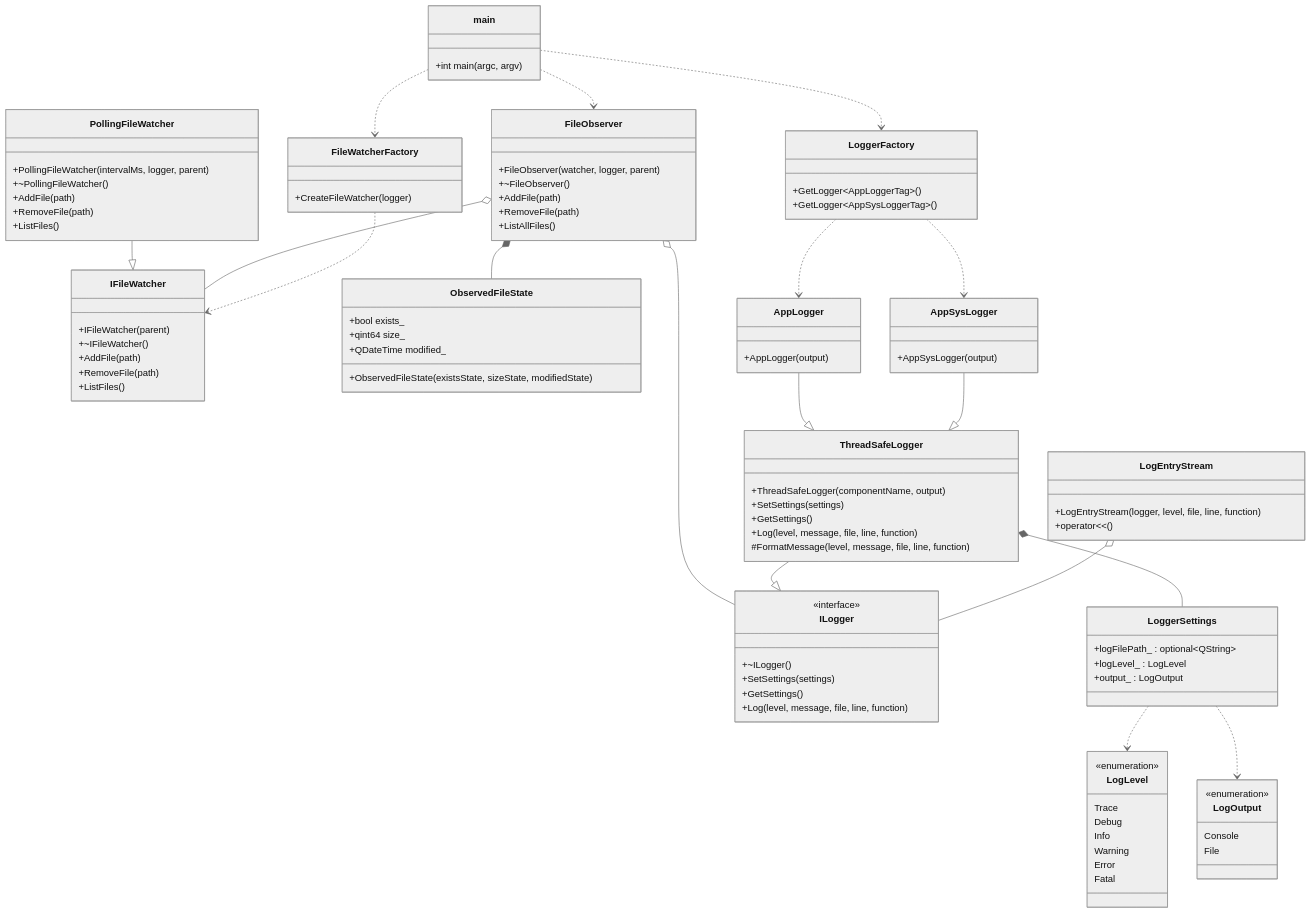
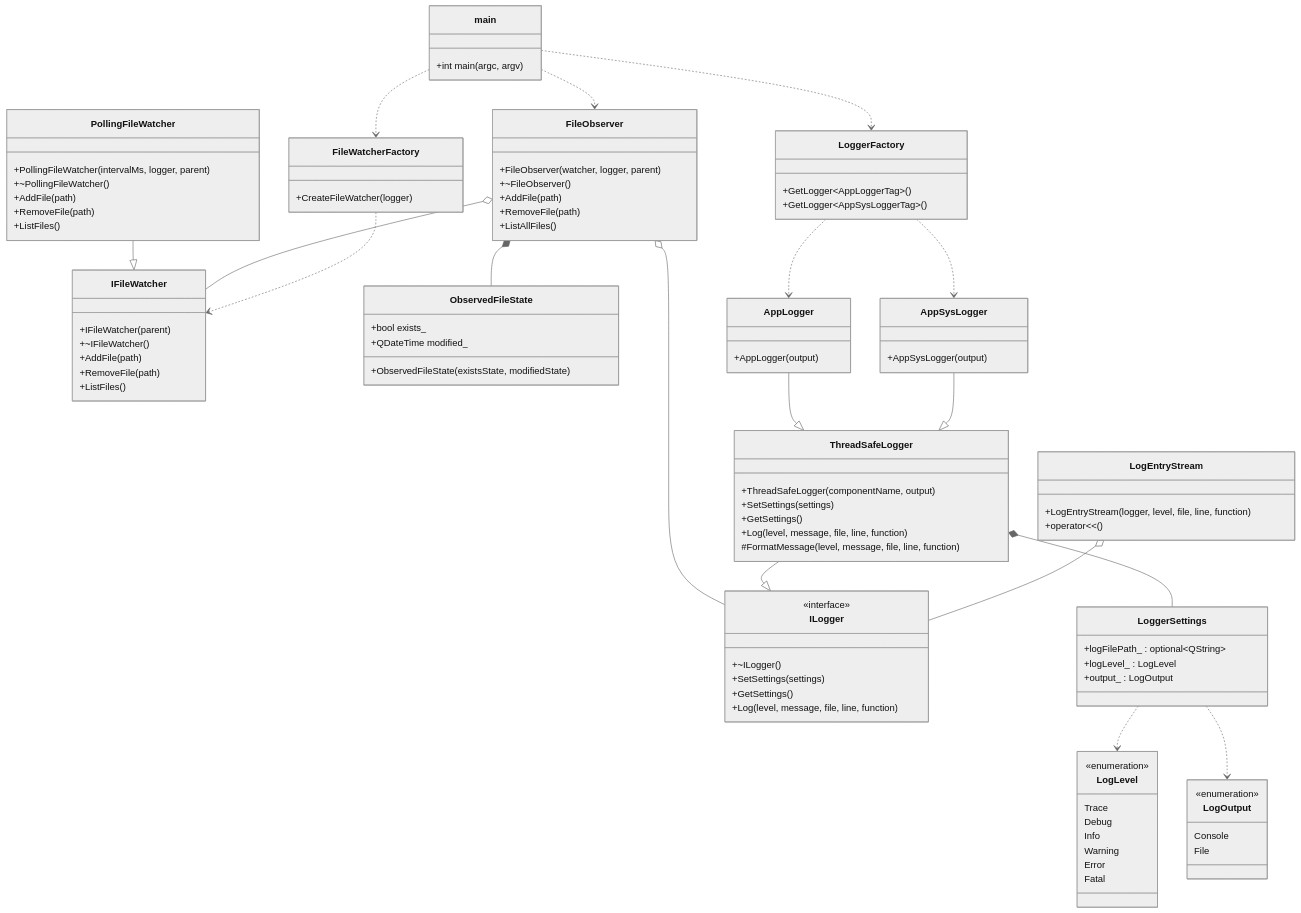
One commit to artoshechka/programming_tech_lab_1 changed the diagram in README.md. Above: the diagram before and after it, drawn with Mermaid (neutral theme). The commit also changed other lines of this file and 2 other files, not shown here.

```diff
--- a/README.md
+++ b/README.md
@@ -62,9 +61,8 @@
 			+ListFiles()
 		}
 		class ObservedFileState {
-			+ObservedFileState(existsState, sizeState, modifiedState)
+			+ObservedFileState(existsState, modifiedState)
 			+bool exists_
-			+qint64 size_
 			+QDateTime modified_
 		}
 		class FileWatcherFactory {
```
